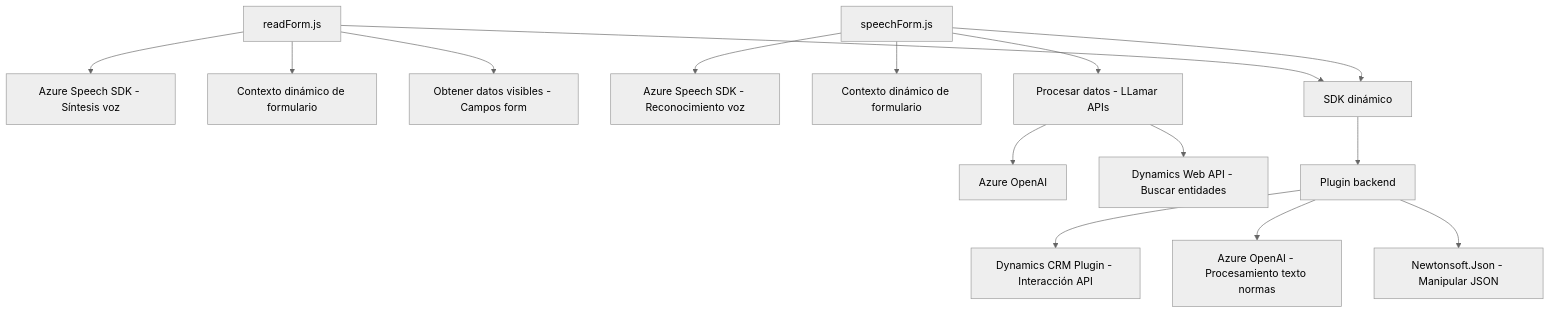
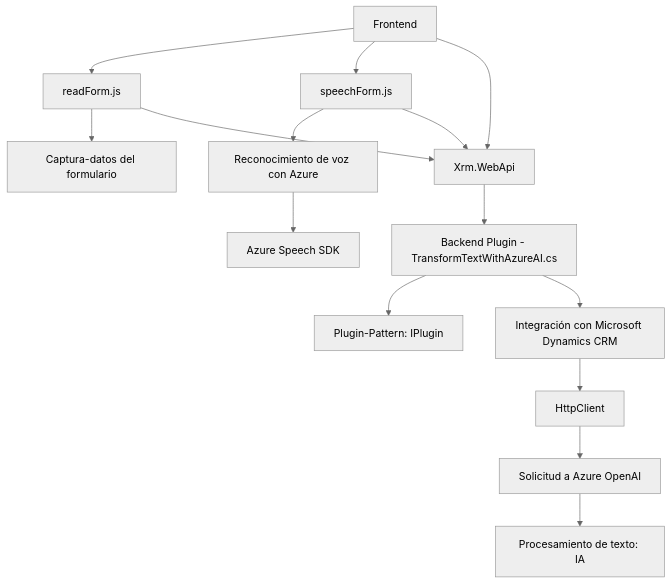
The diagram in README.md (blopezdm/NETCORE_BILBAO2025), drawn with Mermaid (neutral theme) before and after one commit. The commit also changed other lines of this file, not shown here.

Commit message:
Actualizar análisis global de la solución con IA

````diff
--- a/README.md
+++ b/README.md
@@ -27,20 +59,18 @@
 ```mermaid
 graph TD
-    A["readForm.js"] --> B["Azure Speech SDK - Síntesis voz"]
-    A --> C["Contexto dinámico de formulario"]
-    A --> D["Obtener datos visibles - Campos form"]
+    A["Frontend"] --> B["readForm.js"]
+    A --> C["speechForm.js"]
+    B --> D["Captura-datos del formulario"]
+    C --> E["Reconocimiento de voz con Azure"]
+    A --> F["Xrm.WebApi"]
+    B --> F
+    C --> F
+    E --> G["Azure Speech SDK"]
 
-    E["speechForm.js"] --> F["Azure Speech SDK - Reconocimiento voz"]
-    E --> G["Contexto dinámico de formulario"]
-    E --> H["Procesar datos - LLamar APIs"]
-    H --> I["Azure OpenAI"]
-    H --> J["Dynamics Web API - Buscar entidades"]
-
-    K["TransformTextWithAzureAI.cs"] --> L["Dynamics CRM Plugin - Interacción API"]
-    K --> M["Azure OpenAI - Procesamiento texto normas"]
-    K --> N["Newtonsoft.Json - Manipular JSON"]
-
-    A --> O["SDK dinámico"]
-    E --> O["SDK dinámico"]
-    O --> K["Plugin backend"]
+    F --> H["Backend Plugin - TransformTextWithAzureAI.cs"]
+    H --> I["Plugin-Pattern: IPlugin"]
+    H --> J["Integración con Microsoft Dynamics CRM"]
+    J --> K["HttpClient"]
+    K --> L["Solicitud a Azure OpenAI"]
+    L --> M["Procesamiento de texto: IA"]
 ```
````
